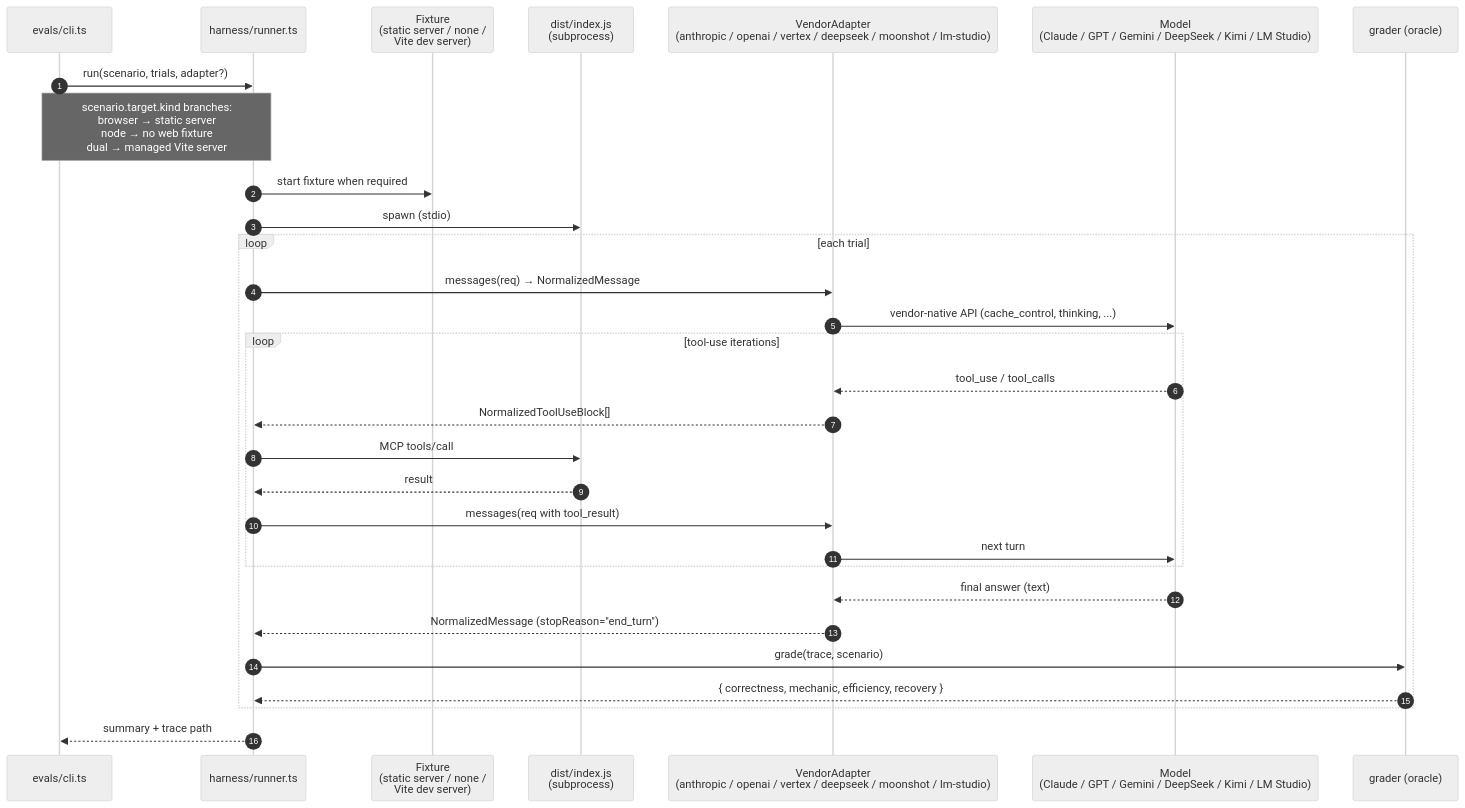
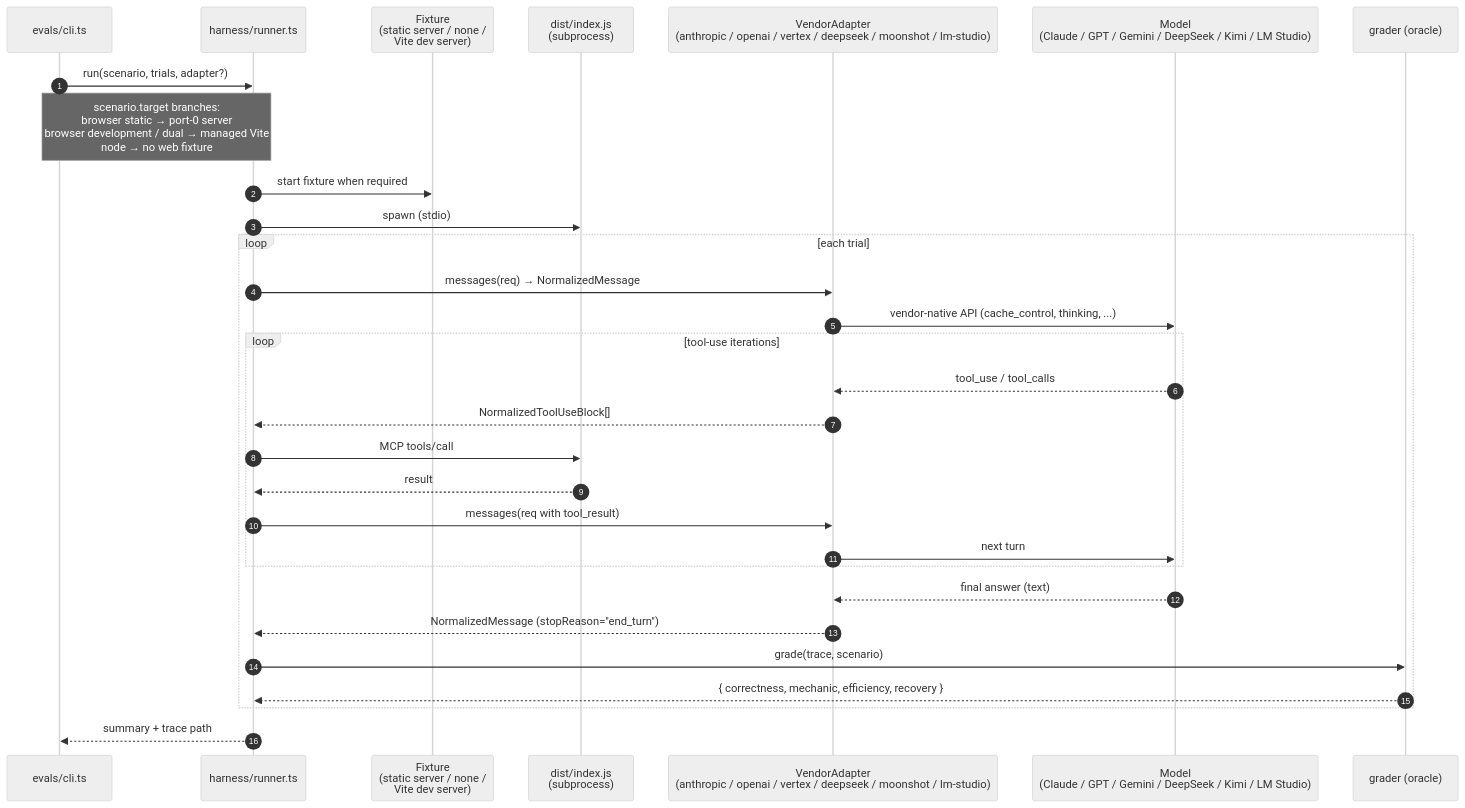
One commit to lcjanke2020/lynceus changed the diagram in evals/README.md. Above: the diagram before and after it, drawn with Mermaid (neutral theme). The commit also changed other lines of this file and 23 other files, not shown here.

````diff
--- a/evals/README.md
+++ b/evals/README.md
@@ -117,33 +136,33 @@
 ```mermaid
 sequenceDiagram
     autonumber
     participant CLI as evals/cli.ts
     participant R as harness/runner.ts
     participant T as Fixture<br/>(static server / none /<br/>Vite dev server)
     participant MCP as dist/index.js<br/>(subprocess)
     participant A as VendorAdapter<br/>(anthropic / openai / vertex / deepseek / moonshot / lm-studio)
     participant Cl as Model<br/>(Claude / GPT / Gemini / DeepSeek / Kimi / LM Studio)
     participant Or as grader (oracle)
 
     CLI->>R: run(scenario, trials, adapter?)
-    Note over CLI,R: scenario.target.kind branches:<br/>browser → static server<br/>node → no web fixture<br/>dual → managed Vite server
+    Note over CLI,R: scenario.target branches:<br/>browser static → port-0 server<br/>browser development / dual → managed Vite<br/>node → no web fixture
     R->>T: start fixture when required
     R->>MCP: spawn (stdio)
     loop each trial
         R->>A: messages(req) → NormalizedMessage
         A->>Cl: vendor-native API (cache_control, thinking, ...)
         loop tool-use iterations
             Cl-->>A: tool_use / tool_calls
             A-->>R: NormalizedToolUseBlock[]
             R->>MCP: MCP tools/call
             MCP-->>R: result
             R->>A: messages(req with tool_result)
             A->>Cl: next turn
         end
         Cl-->>A: final answer (text)
         A-->>R: NormalizedMessage (stopReason="end_turn")
         R->>Or: grade(trace, scenario)
         Or-->>R: { correctness, mechanic, efficiency, recovery }
     end
     R-->>CLI: summary + trace path
 ```
````
